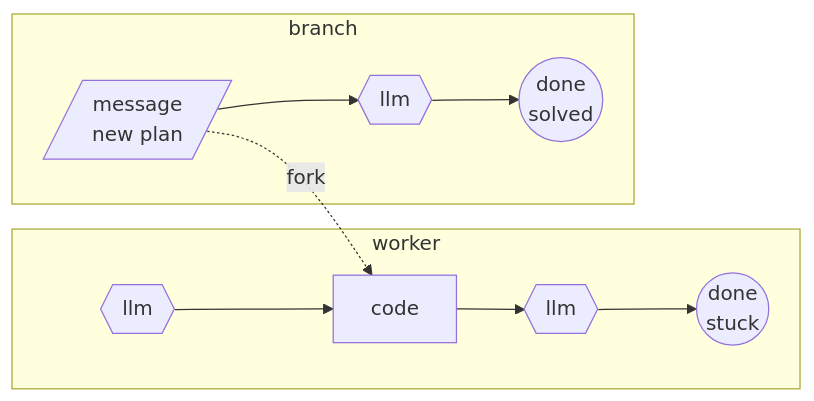
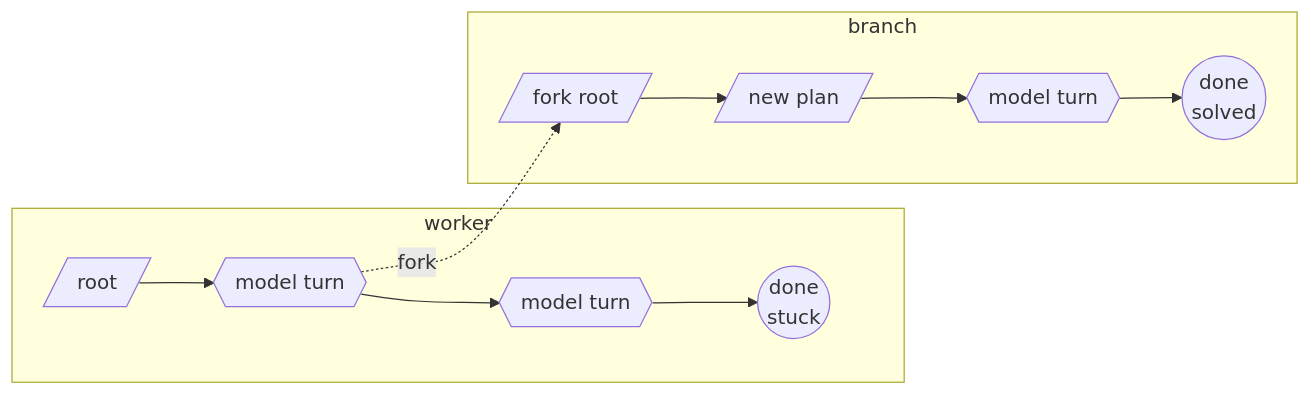
The fifth of 5 diagrams in README.md (shyamsn97/rlmflow), drawn with Mermaid before and after one commit. The commit also changed other lines of this file and 89 other files, not shown here.

````diff
--- a/README.md
+++ b/README.md
@@ -334,10 +335,10 @@
 ```mermaid
 flowchart LR
   subgraph worker
-    w1{{llm}} --> w2[code] --> w3{{llm}} --> w4(("done<br/>stuck"))
+    w0[/root/] --> w1{{model turn}} --> w2{{model turn}} --> w3(("done<br/>stuck"))
   end
   subgraph fork["branch"]
-    f1[/"message<br/>new plan"/] --> f2{{llm}} --> f3(("done<br/>solved"))
+    f0[/"fork root"/] --> f1[/"new plan"/] --> f2{{model turn}} --> f3(("done<br/>solved"))
   end
-  f1 -. fork .-> w2
+  w1 -. fork .-> f0
 ```
````
